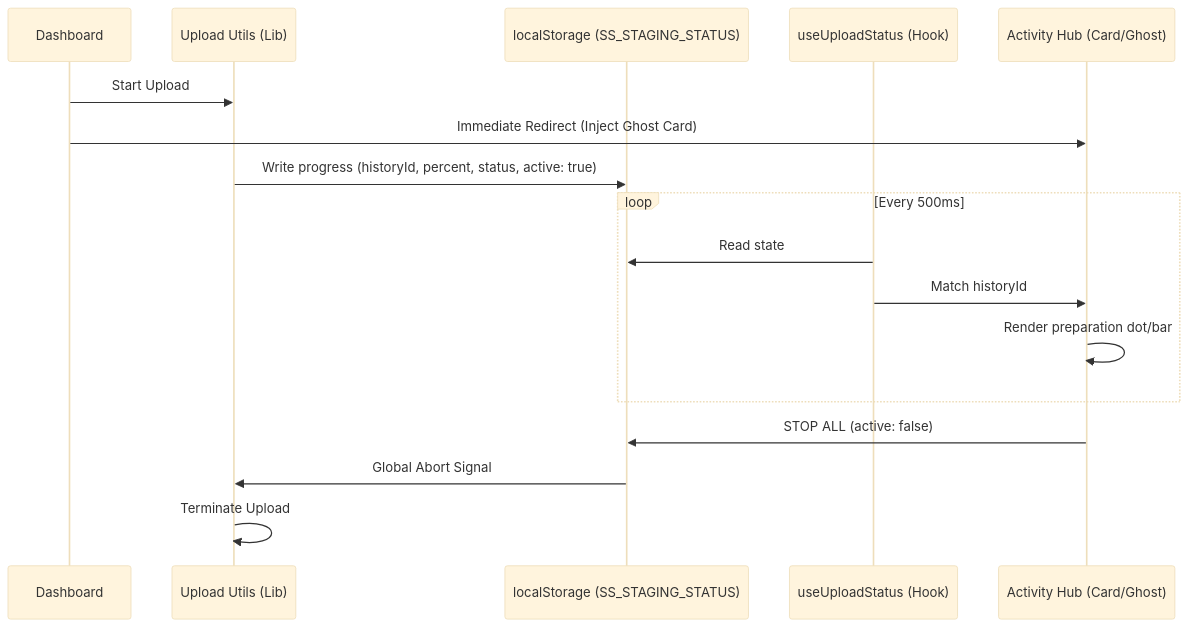
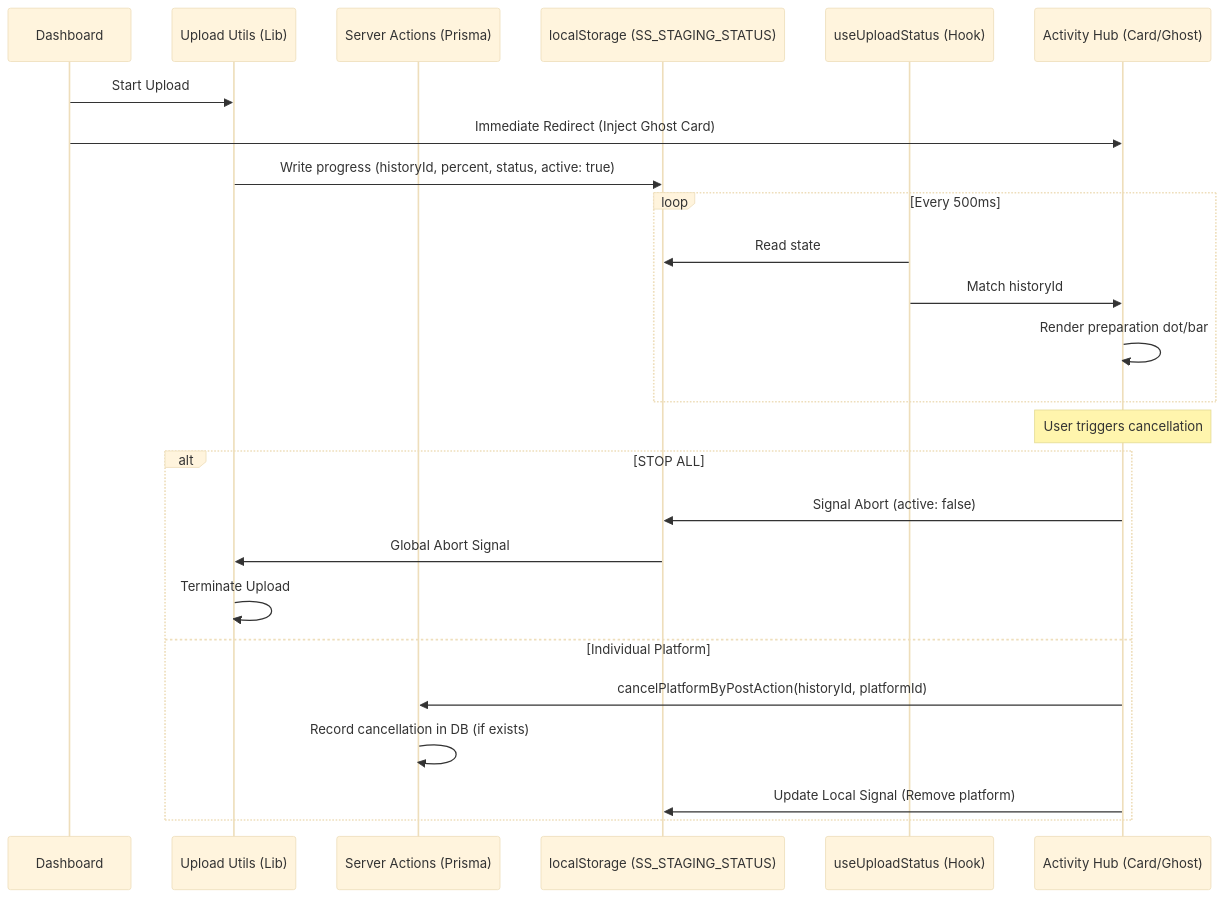
One commit to thoufeeque22/social-studio-app changed the diagram in docs/features/UPLOAD_VISIBILITY.md. Above: the diagram before and after it, drawn with Mermaid (base theme). The commit also changed other lines of this file and 1 other file, not shown here.

Commit message:
docs: update upload visibility architecture and manual tests

````diff
--- a/docs/features/UPLOAD_VISIBILITY.md
+++ b/docs/features/UPLOAD_VISIBILITY.md
@@ -11,20 +11,28 @@
 ```mermaid
 sequenceDiagram
     participant D as Dashboard
     participant U as Upload Utils (Lib)
+    participant SA as Server Actions (Prisma)
     participant LS as localStorage (SS_STAGING_STATUS)
     participant H as useUploadStatus (Hook)
     participant AC as Activity Hub (Card/Ghost)
 
     D->>U: Start Upload
     D->>AC: Immediate Redirect (Inject Ghost Card)
     U->>LS: Write progress (historyId, percent, status, active: true)
     loop Every 500ms
         H->>LS: Read state
         H->>AC: Match historyId
         AC->>AC: Render preparation dot/bar
     end
-    AC->>LS: STOP ALL (active: false)
-    LS->>U: Global Abort Signal
-    U->>U: Terminate Upload
+    Note over AC: User triggers cancellation
+    alt STOP ALL
+        AC->>LS: Signal Abort (active: false)
+        LS->>U: Global Abort Signal
+        U->>U: Terminate Upload
+    else Individual Platform
+        AC->>SA: cancelPlatformByPostAction(historyId, platformId)
+        SA->>SA: Record cancellation in DB (if exists)
+        AC->>LS: Update Local Signal (Remove platform)
+    end
 ```
````
